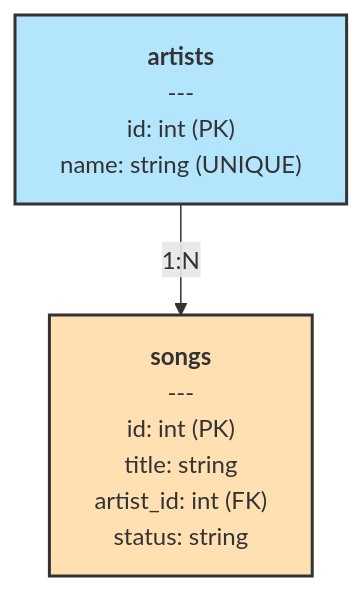
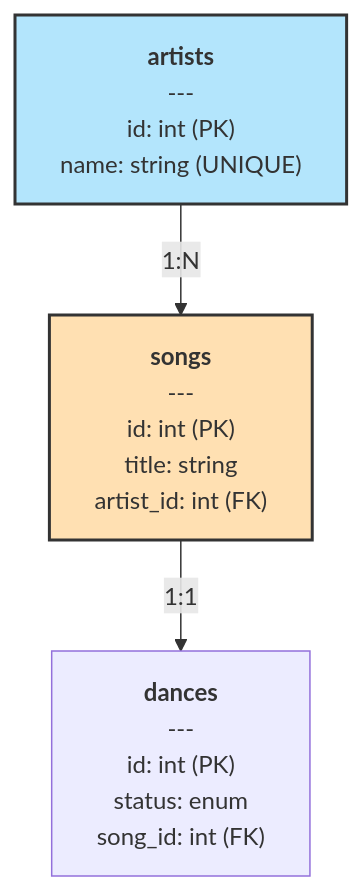
The third of 4 diagrams in ARCHITECTURE.md (vega28/dance-dance-database), drawn with Mermaid before and after one commit. The commit also changed other lines of this file and 2 other files, not shown here.

Commit message:
Add endpoints for Artists and Dances; update docs

````diff
--- a/ARCHITECTURE.md
+++ b/ARCHITECTURE.md
@@ -43,10 +94,12 @@
 ```mermaid
 graph TD
     Artists["<b>artists</b><br/>---<br/>id: int (PK)<br/>name: string (UNIQUE)<br/>"]
-    Songs["<b>songs</b><br/>---<br/>id: int (PK)<br/>title: string<br/>artist_id: int (FK)<br/>status: string<br/>"]
+    Songs["<b>songs</b><br/>---<br/>id: int (PK)<br/>title: string<br/>artist_id: int (FK)<br/>"]
+    Dances["<b>dances</b><br/>---<br/>id: int (PK)<br/>status: enum<br/>song_id: int (FK)<br/>"]
     
     Artists -->|1:N| Songs
+    Songs -->|1:1| Dances
     
     style Artists fill:#b3e5fc,stroke:#333,stroke-width:2px
     style Songs fill:#ffe0b2,stroke:#333,stroke-width:2px
 ```
````
